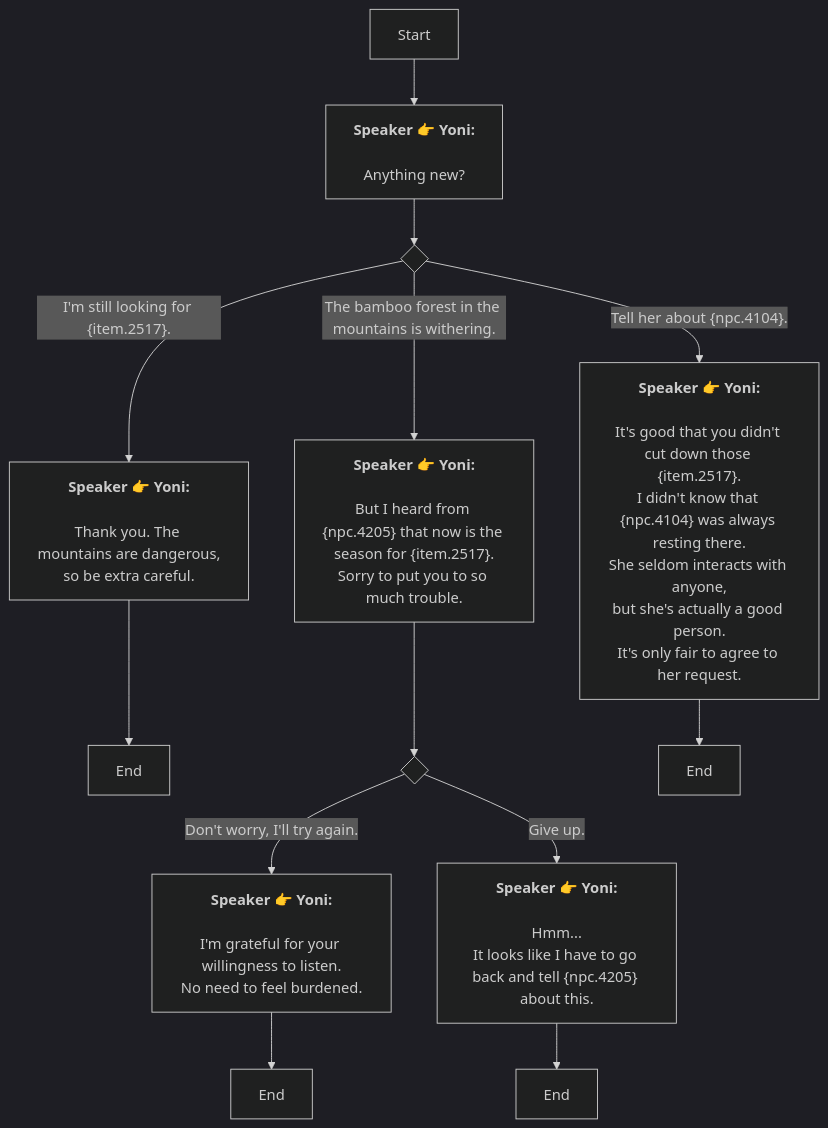
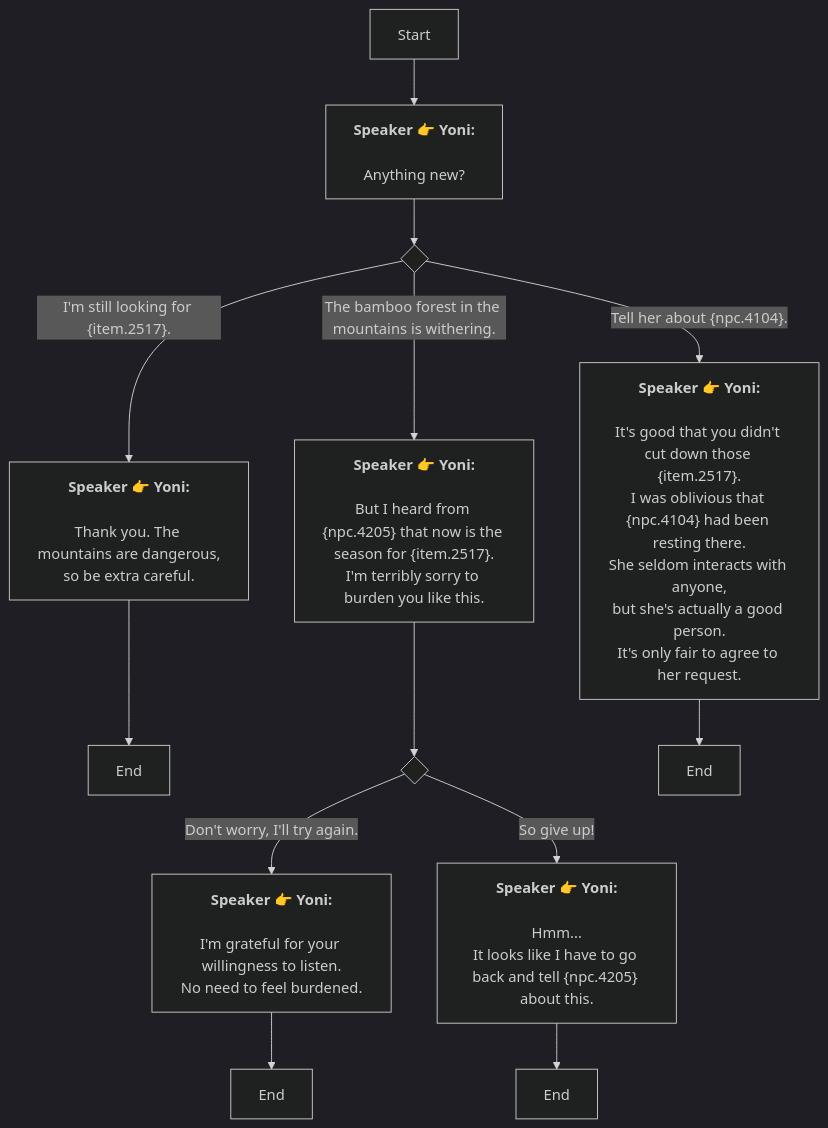
The diagram in En/AddDialogNode_1738348779293777.md (SoftHu/tos_avg), drawn with Mermaid (dark theme) before and after one commit. The commit also changed 297 other files, not shown here.

````diff
--- a/En/AddDialogNode_1738348779293777.md
+++ b/En/AddDialogNode_1738348779293777.md
@@ -1,36 +1,36 @@
 ```mermaid
 graph
 Start -->1738348833099860[<b>Speaker 👉 Yoni:</b>
 
 Anything new?]
 1738348833099860 -->1738348880707669{ }
 1738348880707669 -->|I'm still looking for &lbrace;item.2517&rbrace;.|1738348979936349[<b>Speaker 👉 Yoni:</b>
 
 Thank you. The mountains are dangerous,
 so be extra careful.]
 1738348880707669 -->|The bamboo forest in the mountains is withering.|1738349001966686[<b>Speaker 👉 Yoni:</b>
 
 But I heard from &lbrace;npc.4205&rbrace; that now is the season for &lbrace;item.2517&rbrace;.
-Sorry to put you to so much trouble.]
+I'm terribly sorry to burden you like this.]
 1738348880707669 -->|Tell her about &lbrace;npc.4104&rbrace;.|1738349398028394[<b>Speaker 👉 Yoni:</b>
 
 It's good that you didn't cut down those &lbrace;item.2517&rbrace;.
-I didn't know that &lbrace;npc.4104&rbrace; was always resting there.
+I was oblivious that &lbrace;npc.4104&rbrace; had been resting there.
 She seldom interacts with anyone,
 but she's actually a good person.
 It's only fair to agree to her request.]
 1738348979936349 -->1738348976503900[End]
 1738349001966686 -->1738349234446431{ }
 1738349234446431 -->|Don't worry, I'll try again.|1738349259369572[<b>Speaker 👉 Yoni:</b>
 
 I'm grateful for your willingness to listen.
 No need to feel burdened.]
-1738349234446431 -->|Give up.|1738349292239974[<b>Speaker 👉 Yoni:</b>
+1738349234446431 -->|So give up!|1738349292239974[<b>Speaker 👉 Yoni:</b>
 
 Hmm...
 It looks like I have to go back and tell &lbrace;npc.4205&rbrace; about this.]
 1738349259369572 -->1738349286012005[End]
 1738349292239974 -->1738349386865769[End]
 1738349398028394 -->1738349437010027[End]
 
  ```
````
